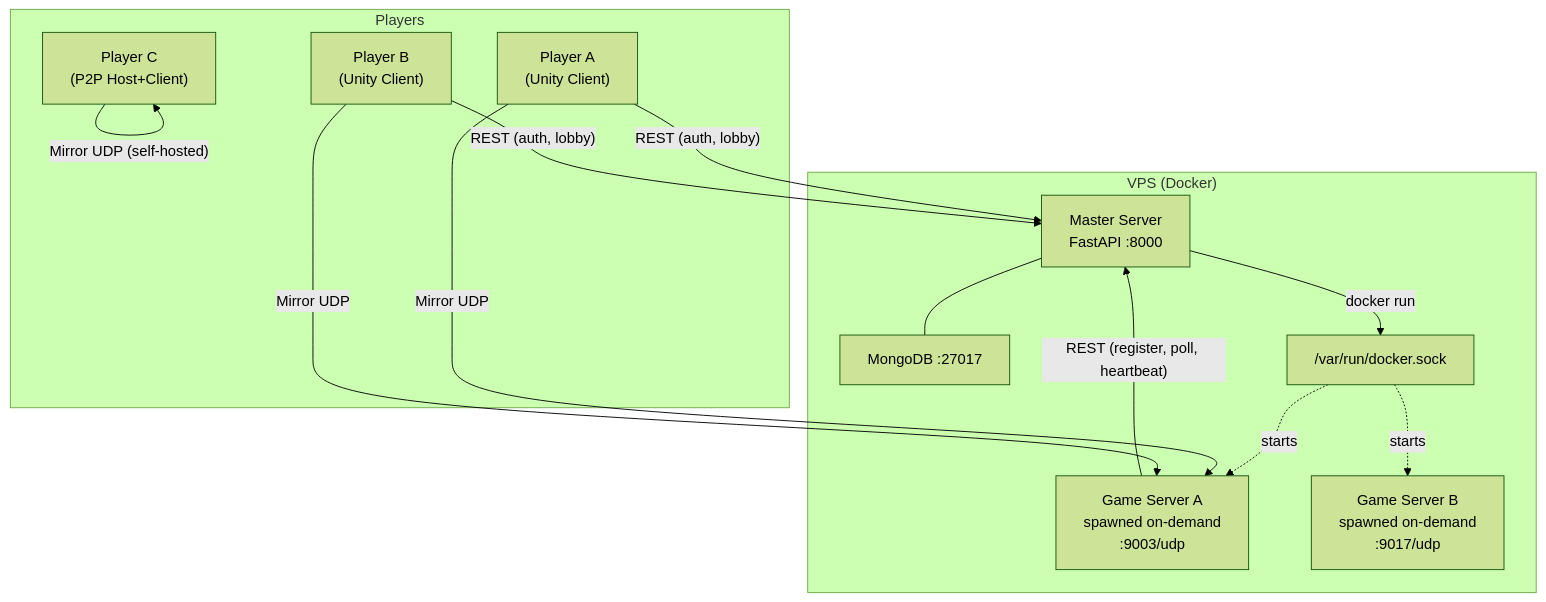
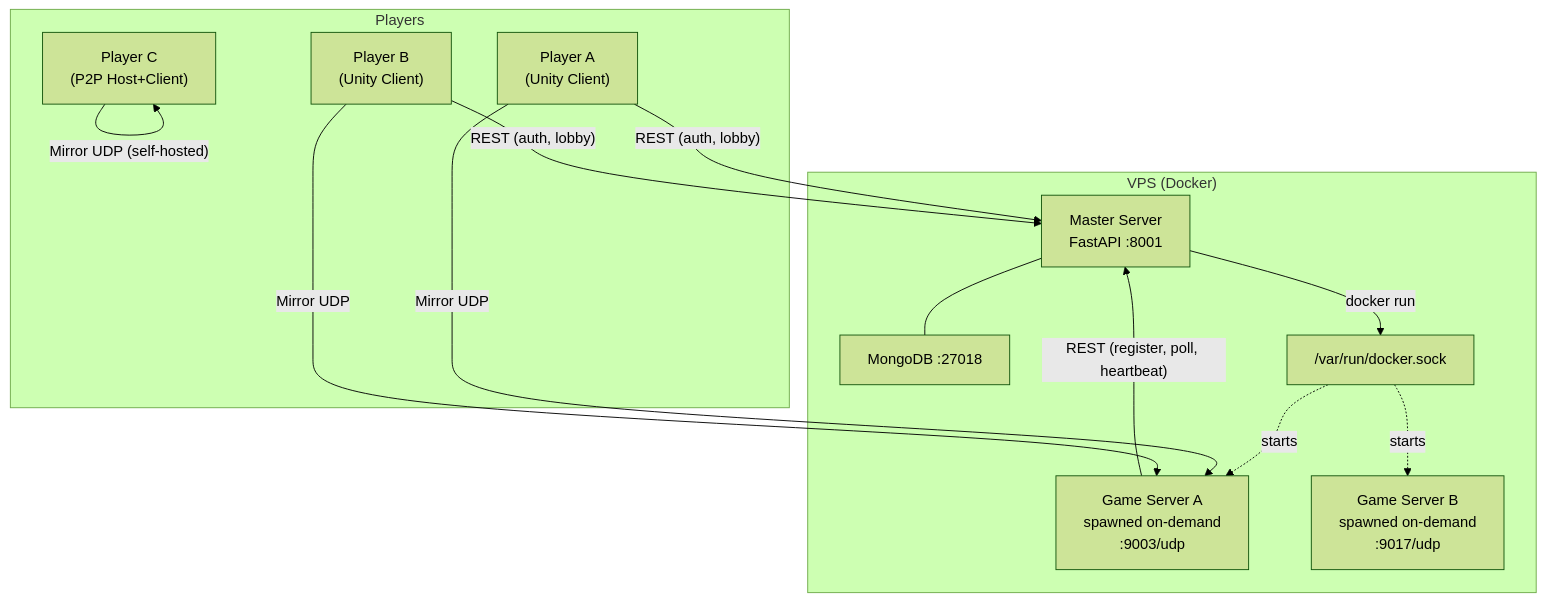
One commit to nico090/versusd changed the first of 3 diagrams in ARCHITECTURE.md. Above: the diagram before and after it, drawn with Mermaid (forest theme). The commit also changed other lines of this file and 2412 other files, not shown here.

````diff
--- a/ARCHITECTURE.md
+++ b/ARCHITECTURE.md
@@ -18,27 +18,27 @@
 ```mermaid
 graph TB
     subgraph VPS["VPS (Docker)"]
-        MS["Master Server\nFastAPI :8000"]
-        MDB["MongoDB :27017"]
+        MS["Master Server\nFastAPI :8001"]
+        MDB["MongoDB :27018"]
         DS["/var/run/docker.sock"]
         GS1["Game Server A\nspawned on-demand\n:9003/udp"]
         GS2["Game Server B\nspawned on-demand\n:9017/udp"]
         MS --- MDB
         MS -- "docker run" --> DS
         DS -.->|starts| GS1
         DS -.->|starts| GS2
     end
 
     subgraph Players
         C1["Player A\n(Unity Client)"]
         C2["Player B\n(Unity Client)"]
         C3["Player C\n(P2P Host+Client)"]
     end
 
     C1 -- "REST (auth, lobby)" --> MS
     C2 -- "REST (auth, lobby)" --> MS
     GS1 -- "REST (register, poll, heartbeat)" --> MS
     C1 -- "Mirror UDP" --> GS1
     C2 -- "Mirror UDP" --> GS1
     C3 -- "Mirror UDP (self-hosted)" --> C3
 ```
````
